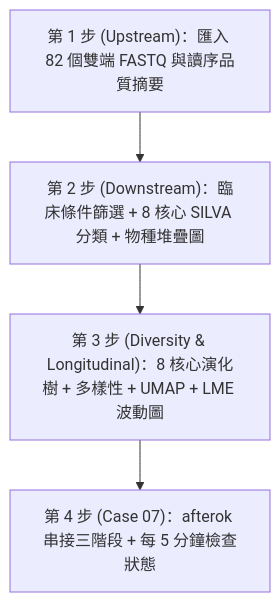
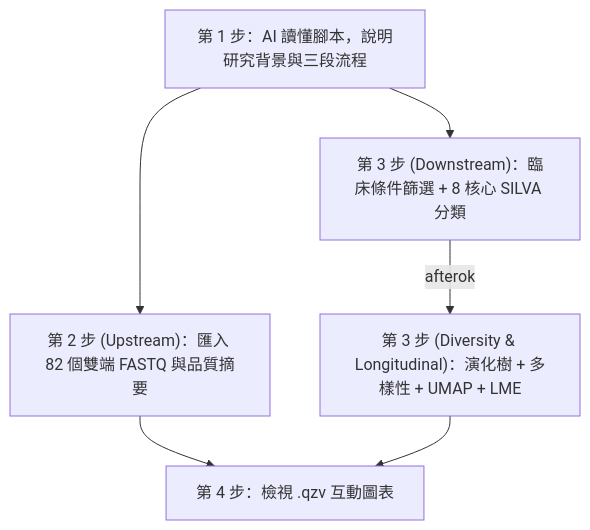
One commit to gemini960114/nano4-ngs-slurm-skill changed the diagram in 04-qiime2-microbiome-pipeline/README.md. Above: the diagram before and after it, drawn with Mermaid. The commit also changed other lines of this file and 1 other file, not shown here.

First line of the commit message:
docs(04): restructure QIIME 2 chapter - AI reads pipeline first, upstream alone, real afterok for downstream, view qzv while waiting

````diff
--- a/04-qiime2-microbiome-pipeline/README.md
+++ b/04-qiime2-microbiome-pipeline/README.md
@@ -13,6 +13,8 @@
 ```mermaid
 flowchart TD
-    A["第 1 步 (Upstream)：匯入 82 個雙端 FASTQ 與讀序品質摘要"] --> B["第 2 步 (Downstream)：臨床條件篩選 + 8 核心 SILVA 分類 + 物種堆疊圖"]
-    B --> C["第 3 步 (Diversity & Longitudinal)：8 核心演化樹 + 多樣性 + UMAP + LME 波動圖"]
-    C --> D["第 4 步 (Case 07)：afterok 串接三階段 + 每 5 分鐘檢查狀態"]
+    A["第 1 步：AI 讀懂腳本，說明研究背景與三段流程"] --> B["第 2 步 (Upstream)：匯入 82 個雙端 FASTQ 與品質摘要"]
+    A --> C["第 3 步 (Downstream)：臨床條件篩選 + 8 核心 SILVA 分類"]
+    C -->|afterok| D["第 3 步 (Diversity & Longitudinal)：演化樹 + 多樣性 + UMAP + LME"]
+    B --> E["第 4 步：檢視 .qzv 互動圖表"]
+    D --> E
 ```
````
